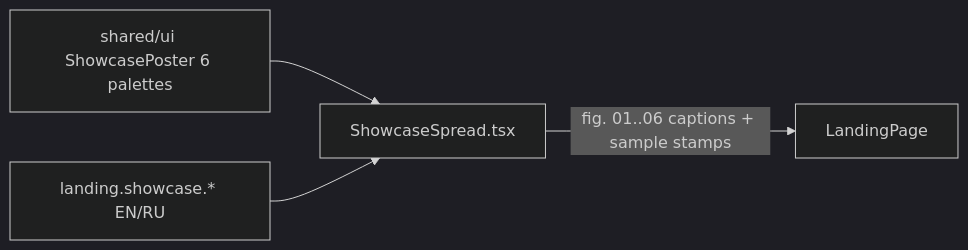
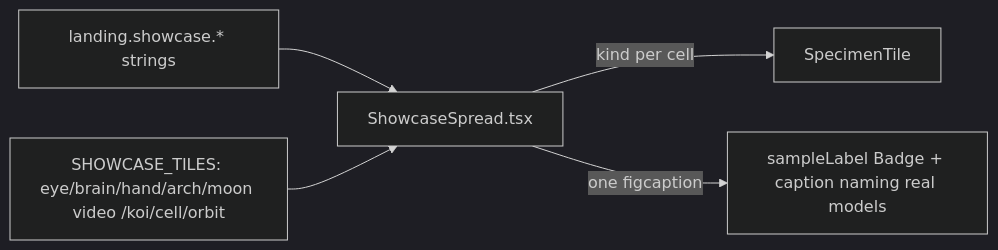
The diagram in apps/web/src/modules/Landing/components/ShowcaseSpread.tsx.md (AzamatRaimbekov2/openCreate), drawn with Mermaid (dark theme) before and after one commit. The commit also changed other lines of this file and 40 other files, not shown here.

````diff
--- a/apps/web/src/modules/Landing/components/ShowcaseSpread.tsx.md
+++ b/apps/web/src/modules/Landing/components/ShowcaseSpread.tsx.md
@@ -31,6 +32,7 @@
 ```mermaid
 flowchart LR
-  ART[shared/ui ShowcasePoster 6 palettes] --> Spread[ShowcaseSpread.tsx]
-  I18N[landing.showcase.* EN/RU] --> Spread
-  Spread -- fig. 01..06 captions + sample stamps --> Landing[LandingPage]
+  I18N[landing.showcase.* strings] --> SS[ShowcaseSpread.tsx]
+  Tiles[SHOWCASE_TILES: eye/brain/hand/arch/moon video /koi/cell/orbit] --> SS
+  SS -- kind per cell --> ST[SpecimenTile]
+  SS -- one figcaption --> Caption[sampleLabel Badge + caption naming real models]
 ```
````
